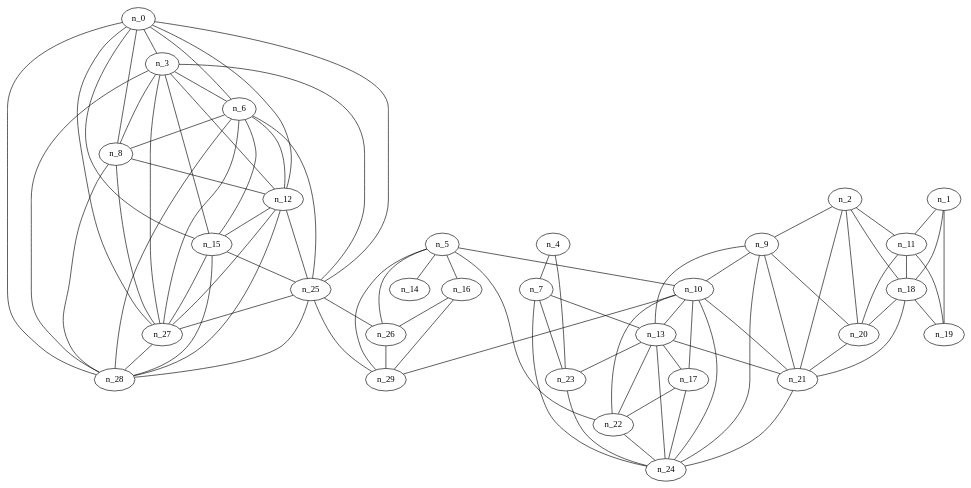
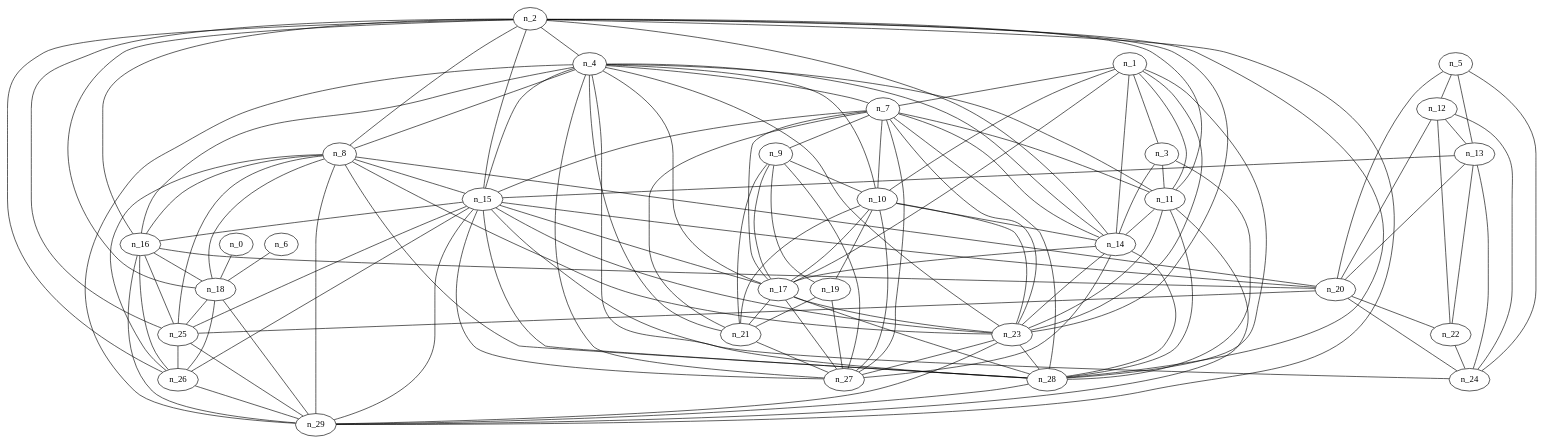
The diagram in Proyecto2/30 Nodos/Geografico/grafoGeografico_30_30.gv (AkatzinBH/DAA), drawn with Graphviz before and after one commit. The commit also changed 3 other files, not shown here.

```diff
--- a/Proyecto2/30 Nodos/Geografico/grafoGeografico_30_30.gv
+++ b/Proyecto2/30 Nodos/Geografico/grafoGeografico_30_30.gv
@@ -1,118 +1,156 @@
 graph grafoGeografico_30_30  {
 n_0;
 n_1;
 n_2;
 n_3;
 n_4;
 n_5;
 n_6;
 n_7;
 n_8;
 n_9;
 n_10;
 n_11;
 n_12;
 n_13;
 n_14;
 n_15;
 n_16;
 n_17;
 n_18;
 n_19;
 n_20;
 n_21;
 n_22;
 n_23;
 n_24;
 n_25;
 n_26;
 n_27;
 n_28;
 n_29;
-n_0 -- n_3;
-n_0 -- n_6;
-n_0 -- n_8;
-n_0 -- n_12;
-n_0 -- n_15;
-n_0 -- n_25;
-n_0 -- n_27;
-n_0 -- n_28;
+n_0 -- n_18;
+n_1 -- n_3;
+n_1 -- n_7;
+n_1 -- n_10;
 n_1 -- n_11;
-n_1 -- n_18;
-n_1 -- n_19;
-n_2 -- n_9;
+n_1 -- n_14;
+n_1 -- n_17;
+n_1 -- n_23;
+n_1 -- n_28;
+n_2 -- n_4;
+n_2 -- n_8;
 n_2 -- n_11;
+n_2 -- n_14;
+n_2 -- n_15;
+n_2 -- n_16;
 n_2 -- n_18;
-n_2 -- n_20;
-n_2 -- n_21;
-n_3 -- n_6;
-n_3 -- n_8;
-n_3 -- n_12;
-n_3 -- n_15;
-n_3 -- n_25;
-n_3 -- n_27;
+n_2 -- n_23;
+n_2 -- n_25;
+n_2 -- n_26;
+n_2 -- n_28;
+n_2 -- n_29;
+n_3 -- n_11;
+n_3 -- n_14;
 n_3 -- n_28;
 n_4 -- n_7;
+n_4 -- n_8;
+n_4 -- n_10;
+n_4 -- n_11;
+n_4 -- n_14;
+n_4 -- n_15;
+n_4 -- n_16;
+n_4 -- n_17;
+n_4 -- n_21;
 n_4 -- n_23;
-n_5 -- n_10;
-n_5 -- n_14;
-n_5 -- n_16;
-n_5 -- n_22;
-n_5 -- n_26;
-n_5 -- n_29;
-n_6 -- n_8;
-n_6 -- n_12;
-n_6 -- n_15;
-n_6 -- n_25;
-n_6 -- n_27;
-n_6 -- n_28;
-n_7 -- n_13;
+n_4 -- n_27;
+n_4 -- n_28;
+n_4 -- n_29;
+n_5 -- n_12;
+n_5 -- n_13;
+n_5 -- n_20;
+n_5 -- n_24;
+n_6 -- n_18;
+n_7 -- n_9;
+n_7 -- n_10;
+n_7 -- n_11;
+n_7 -- n_14;
+n_7 -- n_15;
+n_7 -- n_17;
+n_7 -- n_21;
 n_7 -- n_23;
-n_7 -- n_24;
-n_8 -- n_12;
-n_8 -- n_27;
+n_7 -- n_27;
+n_7 -- n_28;
+n_8 -- n_15;
+n_8 -- n_16;
+n_8 -- n_18;
+n_8 -- n_20;
+n_8 -- n_23;
+n_8 -- n_25;
+n_8 -- n_26;
 n_8 -- n_28;
+n_8 -- n_29;
 n_9 -- n_10;
-n_9 -- n_13;
-n_9 -- n_20;
+n_9 -- n_17;
+n_9 -- n_19;
 n_9 -- n_21;
-n_9 -- n_24;
-n_10 -- n_13;
+n_9 -- n_27;
+n_10 -- n_14;
 n_10 -- n_17;
+n_10 -- n_19;
 n_10 -- n_21;
-n_10 -- n_22;
-n_10 -- n_24;
-n_10 -- n_29;
-n_11 -- n_18;
-n_11 -- n_19;
-n_11 -- n_20;
-n_12 -- n_15;
-n_12 -- n_25;
-n_12 -- n_27;
-n_12 -- n_28;
-n_13 -- n_17;
-n_13 -- n_21;
+n_10 -- n_23;
+n_10 -- n_27;
+n_11 -- n_14;
+n_11 -- n_23;
+n_11 -- n_28;
+n_11 -- n_29;
+n_12 -- n_13;
+n_12 -- n_20;
+n_12 -- n_22;
+n_12 -- n_24;
+n_13 -- n_15;
+n_13 -- n_20;
 n_13 -- n_22;
-n_13 -- n_23;
 n_13 -- n_24;
+n_14 -- n_17;
+n_14 -- n_23;
+n_14 -- n_27;
+n_14 -- n_28;
+n_15 -- n_16;
+n_15 -- n_17;
+n_15 -- n_20;
+n_15 -- n_23;
+n_15 -- n_24;
 n_15 -- n_25;
+n_15 -- n_26;
 n_15 -- n_27;
 n_15 -- n_28;
+n_15 -- n_29;
+n_16 -- n_18;
+n_16 -- n_20;
+n_16 -- n_25;
 n_16 -- n_26;
 n_16 -- n_29;
-n_17 -- n_22;
-n_17 -- n_24;
-n_18 -- n_19;
-n_18 -- n_20;
-n_18 -- n_21;
-n_20 -- n_21;
-n_21 -- n_24;
+n_17 -- n_21;
+n_17 -- n_23;
+n_17 -- n_27;
+n_17 -- n_28;
+n_18 -- n_25;
+n_18 -- n_26;
+n_18 -- n_29;
+n_19 -- n_21;
+n_19 -- n_27;
+n_20 -- n_22;
+n_20 -- n_24;
+n_20 -- n_25;
+n_21 -- n_27;
 n_22 -- n_24;
-n_23 -- n_24;
+n_23 -- n_27;
+n_23 -- n_28;
+n_23 -- n_29;
 n_25 -- n_26;
-n_25 -- n_27;
-n_25 -- n_28;
 n_25 -- n_29;
 n_26 -- n_29;
-n_27 -- n_28;
+n_28 -- n_29;
 }
```
